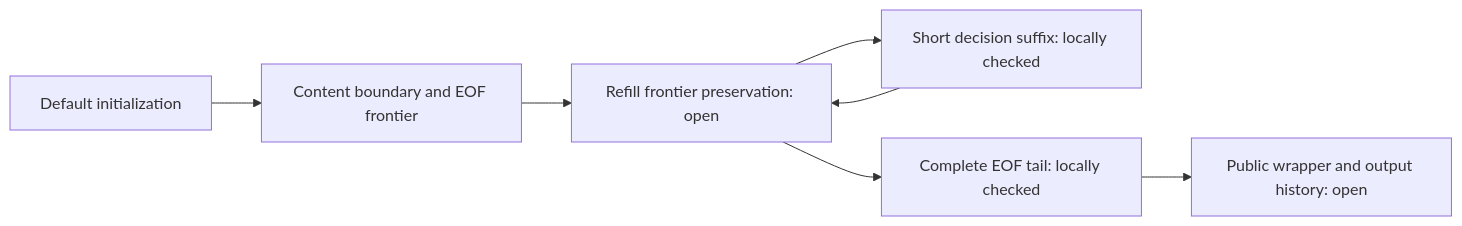
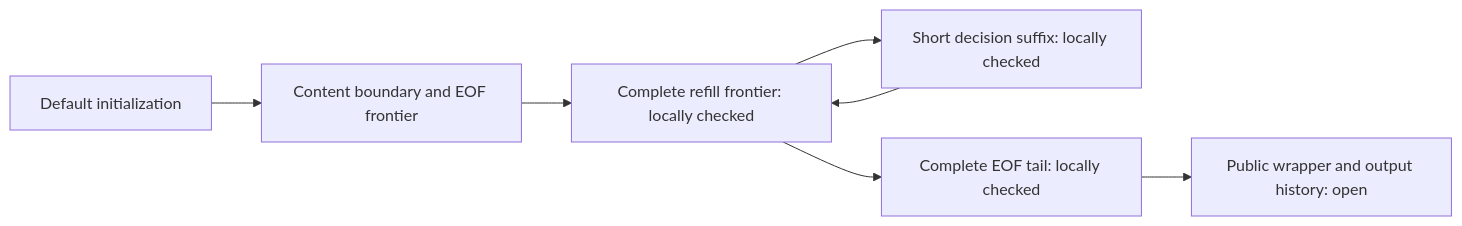
One commit to cla7aye15I4nd/zlib-f changed the fourth of 4 diagrams in docs/overview.md. Above: the diagram before and after it, drawn with Mermaid. The commit also changed other lines of this file and 7 other files, not shown here.

Commit message:
Preserve the EOF hash frontier through complete actual refill

````diff
--- a/docs/overview.md
+++ b/docs/overview.md
@@ -1562,9 +1576,9 @@
 ```mermaid
 flowchart LR
   Init["Default initialization"] --> Entry["Content boundary and EOF frontier"]
-  Entry --> Refill["Refill frontier preservation: open"]
+  Entry --> Refill["Complete refill frontier: locally checked"]
   Refill --> Decide["Short decision suffix: locally checked"]
   Decide --> Refill
   Refill --> Tail["Complete EOF tail: locally checked"]
   Tail --> Public["Public wrapper and output history: open"]
 ```
````
